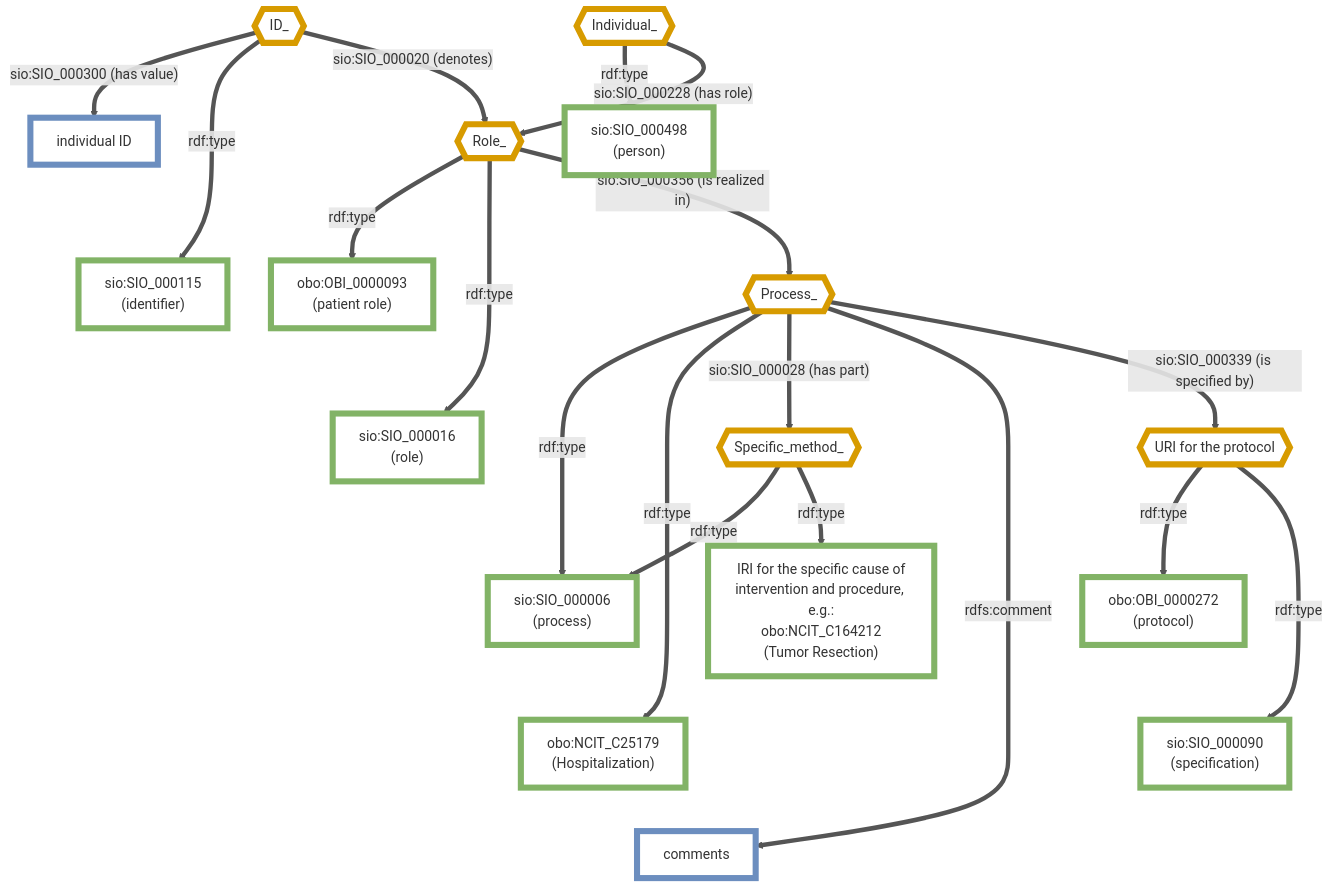
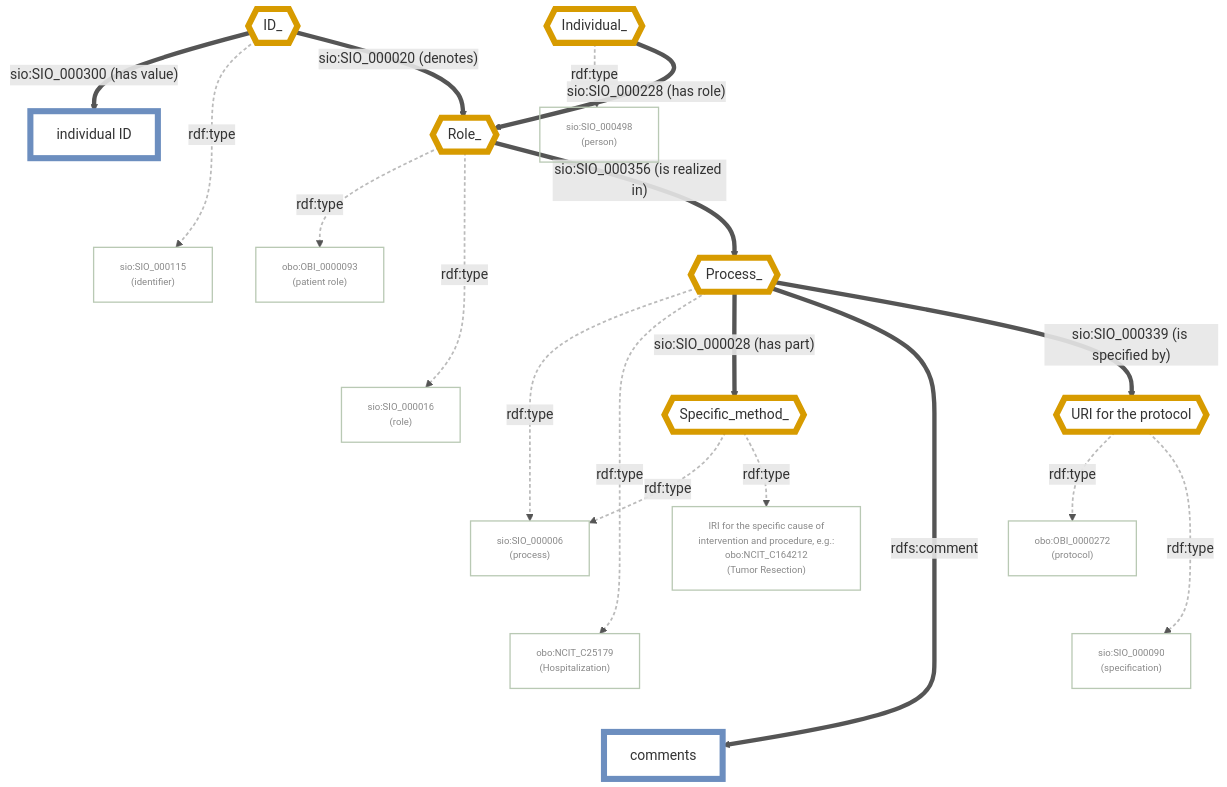
Before and after one commit to wilkinsonlab/CARE-Semantic-Model-Version-2: the diagram in CARE-SM-obo-Hospitalization.md, drawn with Mermaid. The commit also changed 21 other files, not shown here.

Commit message:
rdf:type is now transparent so it doesn't ingterfere with the rest of the diagram.  So much better!

````diff
--- a/CARE-SM-obo-Hospitalization.md
+++ b/CARE-SM-obo-Hospitalization.md
@@ -14,62 +14,64 @@
 ```mermaid
 flowchart TD
     classDef usedInstance fill:#ffffff,stroke:#d79b00,stroke-width:7px,color:#333
-    classDef classNode fill:#ffffff,stroke:#82b366,stroke-width:7px,color:#333
+    classDef classNode fill:transparent,stroke:#b9c9b4,stroke-width:1.5px,color:#888,font-size:11px
     classDef dataValue fill:#ffffff,stroke:#6c8ebf,stroke-width:7px,color:#333
     linkStyle default stroke:#555,stroke-width:5px
 
     %% Instances
     ID_{{ID_}}:::usedInstance
     Individual_{{Individual_}}:::usedInstance
     Role_{{Role_}}:::usedInstance
     Process_{{Process_}}:::usedInstance
     Specific_method_{{Specific_method_}}:::usedInstance
     URIProtocol{{"URI for the protocol"}}:::usedInstance
 
     %% Classes
     SIO_000115["sio:SIO_000115<br/>(identifier)"]:::classNode
     SIO_000498["sio:SIO_000498<br/>(person)"]:::classNode
     OBI_0000093["obo:OBI_0000093<br/>(patient role)"]:::classNode
     SIO_000016["sio:SIO_000016<br/>(role)"]:::classNode
     SIO_000006["sio:SIO_000006<br/>(process)"]:::classNode
     NCIT_C25179["obo:NCIT_C25179<br/>(Hospitalization)"]:::classNode
     NCIT_C164212["IRI for the specific cause of<br/>intervention and procedure, e.g.:<br/>obo:NCIT_C164212<br/>(Tumor Resection)"]:::classNode
     OBI_0000272["obo:OBI_0000272<br/>(protocol)"]:::classNode
     SIO_000090["sio:SIO_000090<br/>(specification)"]:::classNode
 
     %% Data values
     IndividualID["individual ID"]:::dataValue
     Comments["comments"]:::dataValue
 
     %% Real edges (indices 0-16)
     ID_ -->|"sio:SIO_000300 (has value)"| IndividualID
     ID_ -->|"rdf:type"| SIO_000115
     ID_ -->|"sio:SIO_000020 (denotes)"| Role_
 
     Individual_ -->|"rdf:type"| SIO_000498
     Individual_ -->|"sio:SIO_000228 (has role)"| Role_
 
     Role_ -->|"rdf:type"| OBI_0000093
     Role_ -->|"rdf:type"| SIO_000016
     Role_ -->|"sio:SIO_000356 (is realized in)"| Process_
 
     Process_ -->|"rdf:type"| SIO_000006
     Process_ -->|"rdf:type"| NCIT_C25179
     Process_ -->|"sio:SIO_000028 (has part)"| Specific_method_
     Process_ -->|"rdfs:comment"| Comments
     Process_ -->|"sio:SIO_000339 (is specified by)"| URIProtocol
 
     Specific_method_ -->|"rdf:type"| SIO_000006
     Specific_method_ -->|"rdf:type"| NCIT_C164212
 
     URIProtocol -->|"rdf:type"| OBI_0000272
     URIProtocol -->|"rdf:type"| SIO_000090
 
     %% Invisible layout-only chains (indices 17-21, hidden below) force siblings into one column
     IndividualID ~~~ SIO_000115
     OBI_0000093 ~~~ SIO_000016
     SIO_000006 ~~~ NCIT_C25179 ~~~ Comments
     OBI_0000272 ~~~ SIO_000090
 
+    %% rdf:type edges (indices 1,3,5,6,8,9,13,14,15,16) de-emphasized so the structural backbone stands out
+    linkStyle 1,3,5,6,8,9,13,14,15,16 stroke:#bbb,stroke-width:2px,stroke-dasharray:4 3
     linkStyle 17,18,19,20,21 stroke:none
 ```
````
